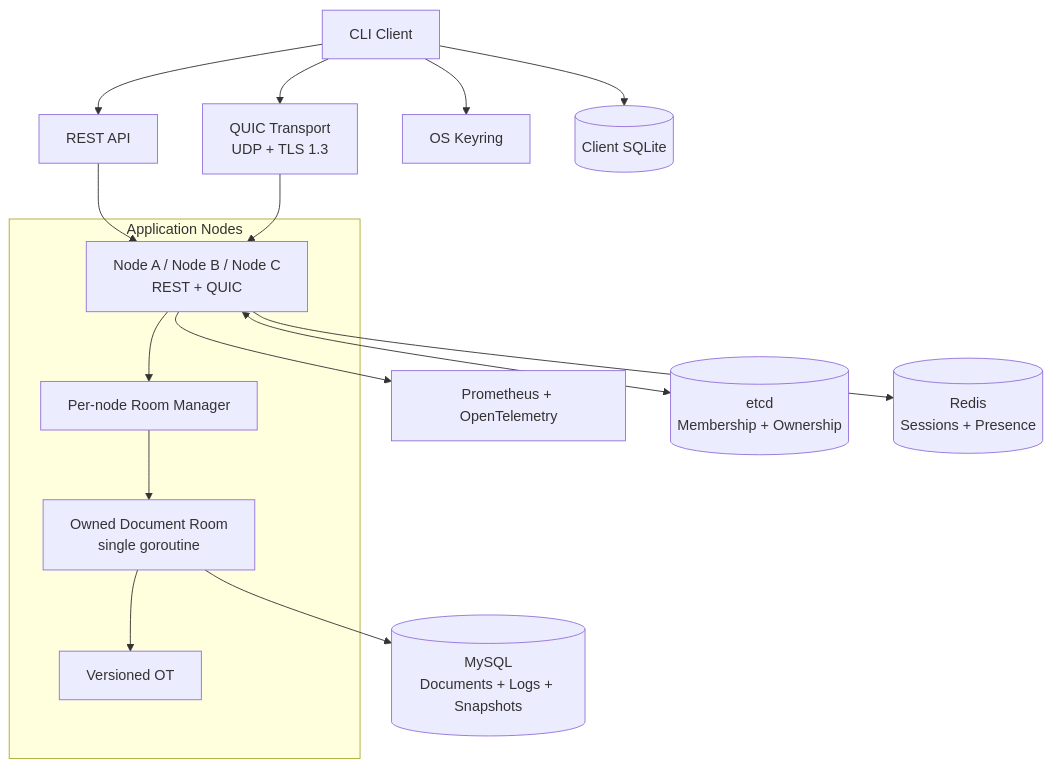
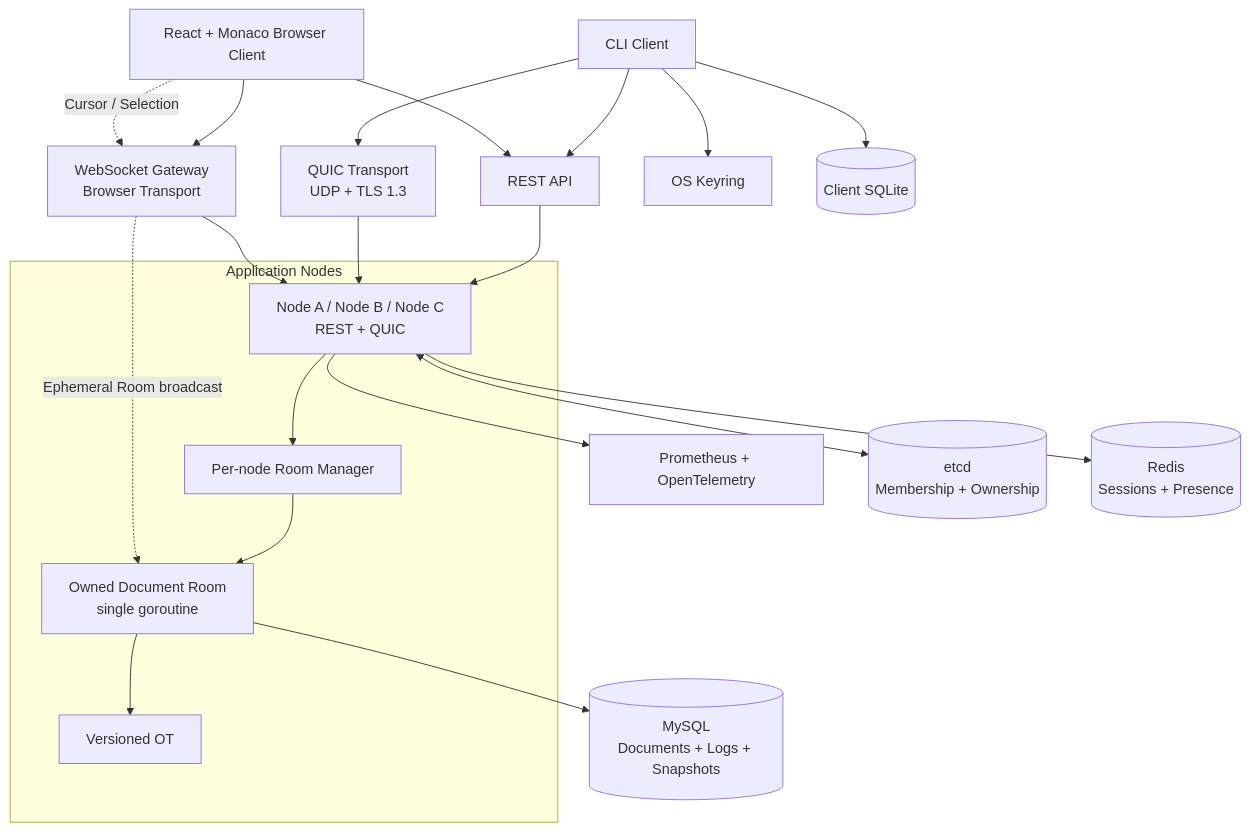
One commit to jiawei-wang-dev/go-realtime-collab-editor changed the diagram in README.md. Above: the diagram before and after it, drawn with Mermaid. The commit also changed other lines of this file and 18 other files, not shown here.

````diff
--- a/README.md
+++ b/README.md
@@ -37,34 +39,41 @@
 ```mermaid
 flowchart TB
     Client[CLI Client]
+    Browser[React + Monaco Browser Client]
     REST[REST API]
     QUIC[QUIC Transport<br/>UDP + TLS 1.3]
+    WS[WebSocket Gateway<br/>Browser Transport]
     Keyring[OS Keyring]
     SQLite[(Client SQLite)]
     Obs[Prometheus + OpenTelemetry]
 
     subgraph Cluster[Application Nodes]
         Nodes[Node A / Node B / Node C<br/>REST + QUIC]
         RM[Per-node Room Manager]
         Room[Owned Document Room<br/>single goroutine]
         OT[Versioned OT]
     end
 
     Etcd[(etcd<br/>Membership + Ownership)]
     MySQL[(MySQL<br/>Documents + Logs + Snapshots)]
     Redis[(Redis<br/>Sessions + Presence)]
 
     Client --> REST
     Client --> QUIC
+    Browser --> REST
+    Browser --> WS
     Client --> SQLite
     Client --> Keyring
     REST --> Nodes
     QUIC --> Nodes
+    WS --> Nodes
     Nodes --> RM
     RM --> Room
     Room --> OT
+    Browser -. Cursor / Selection .-> WS
+    WS -. Ephemeral Room broadcast .-> Room
     Nodes <--> Etcd
     Room --> MySQL
     Nodes --> Redis
     Nodes --> Obs
 ```
````
